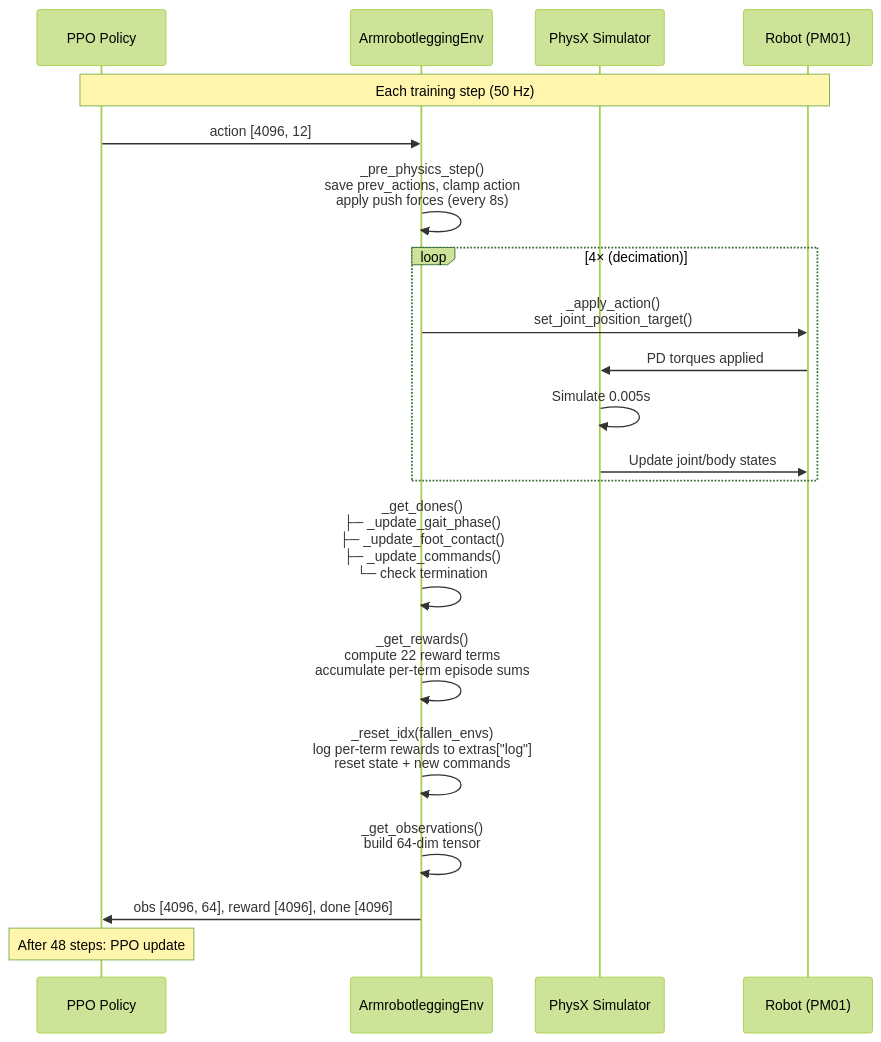
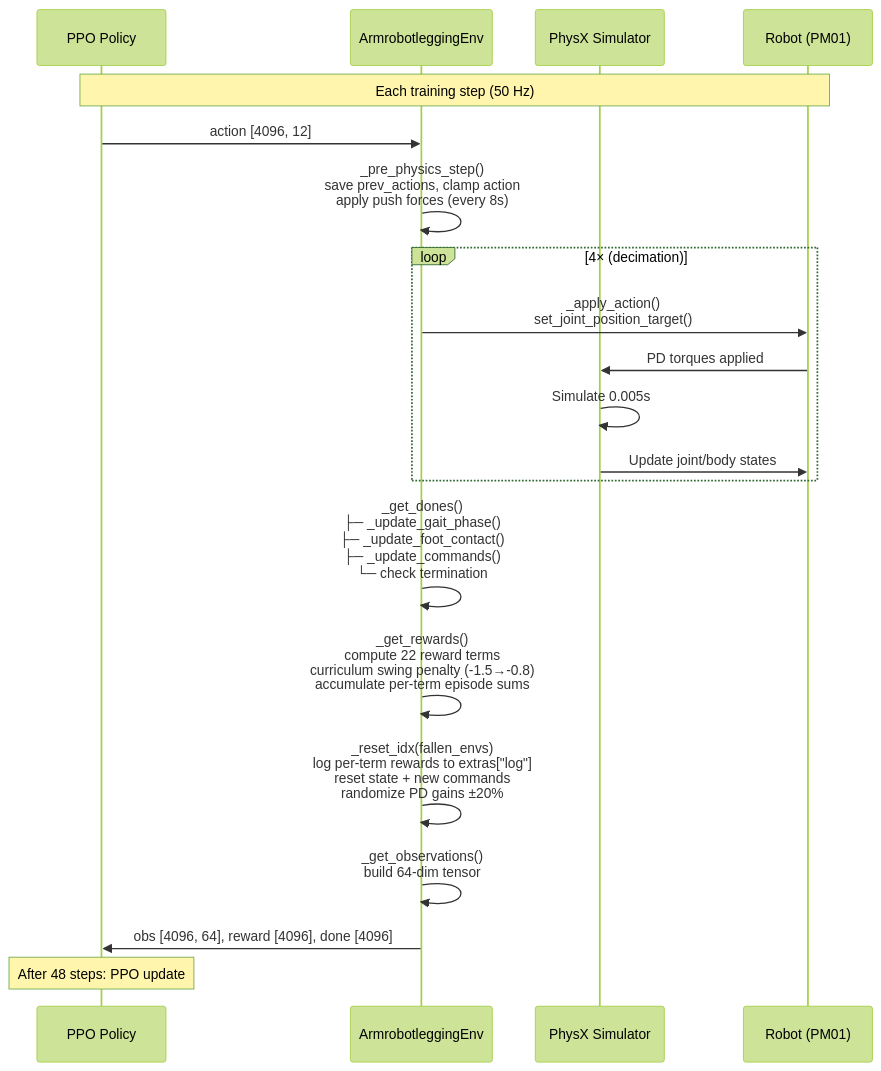
One commit to armmarov/armrobot changed the eighth of 8 diagrams in docs/TRAINING_FLOW.md. Above: the diagram before and after it, drawn with Mermaid (forest theme). The commit also changed other lines of this file and 3 other files, not shown here.

First line of the commit message:
Run 18: Curriculum swing penalty + standing + PD gains randomization

````diff
--- a/docs/TRAINING_FLOW.md
+++ b/docs/TRAINING_FLOW.md
@@ -279,31 +279,31 @@
 ```mermaid
 sequenceDiagram
     participant P as PPO Policy
     participant E as ArmrobotleggingEnv
     participant S as PhysX Simulator
     participant R as Robot (PM01)
 
     Note over P,R: Each training step (50 Hz)
 
     P->>E: action [4096, 12]
     E->>E: _pre_physics_step()<br/>save prev_actions, clamp action<br/>apply push forces (every 8s)
 
     loop 4× (decimation)
         E->>R: _apply_action()<br/>set_joint_position_target()
         R->>S: PD torques applied
         S->>S: Simulate 0.005s
         S->>R: Update joint/body states
     end
 
     E->>E: _get_dones()<br/>├─ _update_gait_phase()<br/>├─ _update_foot_contact()<br/>├─ _update_commands()<br/>└─ check termination
 
-    E->>E: _get_rewards()<br/>compute 22 reward terms<br/>accumulate per-term episode sums
+    E->>E: _get_rewards()<br/>compute 22 reward terms<br/>curriculum swing penalty (-1.5→-0.8)<br/>accumulate per-term episode sums
 
-    E->>E: _reset_idx(fallen_envs)<br/>log per-term rewards to extras["log"]<br/>reset state + new commands
+    E->>E: _reset_idx(fallen_envs)<br/>log per-term rewards to extras["log"]<br/>reset state + new commands<br/>randomize PD gains ±20%
 
     E->>E: _get_observations()<br/>build 64-dim tensor
 
     E->>P: obs [4096, 64], reward [4096], done [4096]
 
     Note over P: After 48 steps: PPO update
 ```
````
